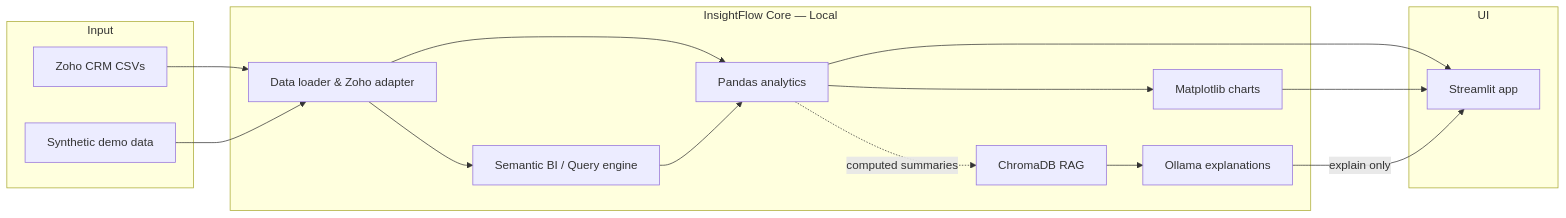
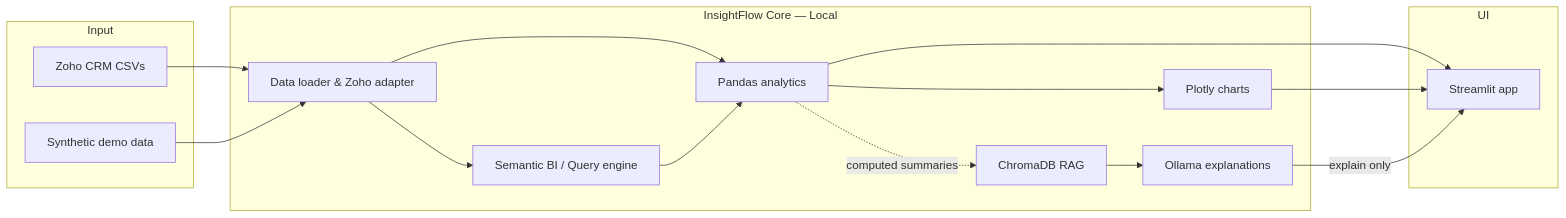
One commit to revanthbarik/insightflow-ai changed the diagram in README.md. Above: the diagram before and after it, drawn with Mermaid. The commit also changed other lines of this file and 21 other files, not shown here.

````diff
--- a/README.md
+++ b/README.md
@@ -53,32 +53,32 @@
 ```mermaid
 flowchart LR
   subgraph Input
     CSV[Zoho CRM CSVs]
     DEMO[Synthetic demo data]
   end
 
   subgraph Core["InsightFlow Core — Local"]
     LOAD[Data loader & Zoho adapter]
     SEM[Semantic BI / Query engine]
     PANDAS[Pandas analytics]
-    CHART[Matplotlib charts]
+    CHART[Plotly charts]
     RAG[ChromaDB RAG]
     LLM[Ollama explanations]
   end
 
   subgraph UI
     ST[Streamlit app]
   end
 
   CSV --> LOAD
   DEMO --> LOAD
   LOAD --> PANDAS
   LOAD --> SEM
   SEM --> PANDAS
   PANDAS --> CHART
   PANDAS --> ST
   CHART --> ST
   PANDAS -.->|computed summaries| RAG
   RAG --> LLM
   LLM -->|explain only| ST
 ```
````
